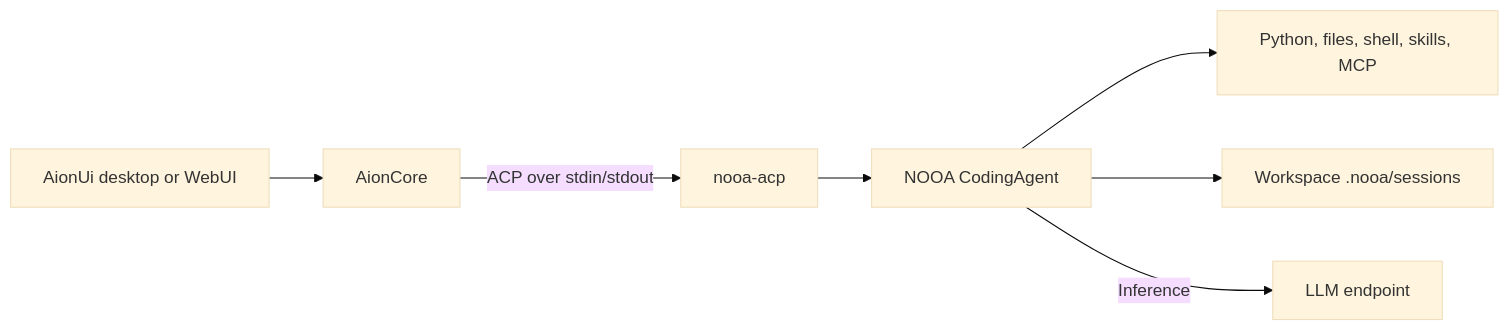
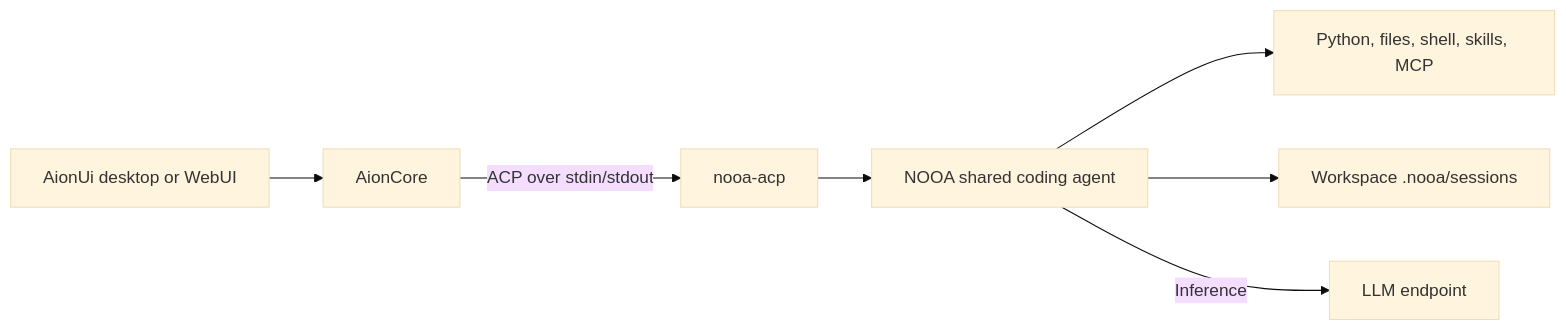
The diagram in experiments/aion_ui/README.md (NVIDIA-NeMo/labs-OO-Agents), drawn with Mermaid (base theme) before and after one commit. The commit also changed other lines of this file and 2 other files, not shown here.

Commit message:
fix(aion): adapt scripted ACP spike to shared agent stack

````diff
--- a/experiments/aion_ui/README.md
+++ b/experiments/aion_ui/README.md
@@ -28,9 +30,9 @@
 ```mermaid
 flowchart LR
     UI[AionUi desktop or WebUI] --> Core[AionCore]
     Core -->|ACP over stdin/stdout| ACP[nooa-acp]
-    ACP --> Agent[NOOA CodingAgent]
+    ACP --> Agent[NOOA shared coding agent]
     Agent --> Tools[Python, files, shell, skills, MCP]
     Agent --> Sessions[Workspace .nooa/sessions]
     Agent -->|Inference| Model[LLM endpoint]
 ```
````
